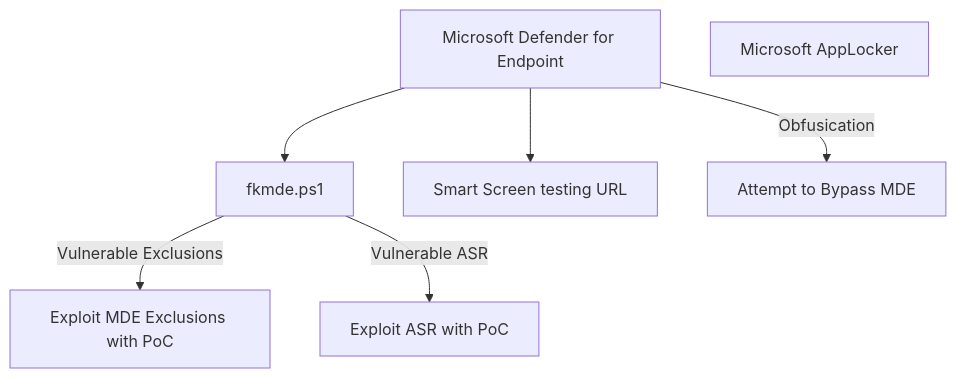
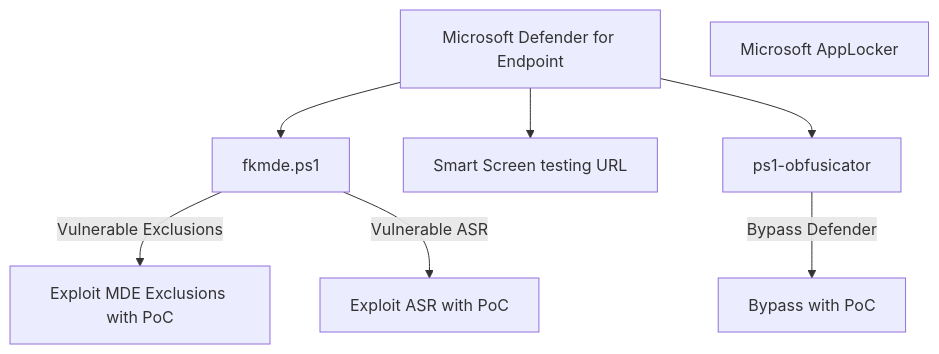
Before and after one commit to fkxdr/fkxdr-mindmaps: the diagram in README.md, drawn with Mermaid.

````diff
--- a/README.md
+++ b/README.md
@@ -7,11 +7,12 @@
 ```mermaid
 flowchart TD
     MDE[ Microsoft Defender for Endpoint ]
     --> MDEFK[ fkmde.ps1 ]
     -->| Vulnerable Exclusions | MDEEX[ Exploit MDE Exclusions with PoC ]
     MDEFK -->| Vulnerable ASR | MDEC[ Exploit ASR with PoC ]
     MDE --> MDESC[ Smart Screen testing URL ]
-    MDE -->| Obfusication | MDBYP[ Attempt to Bypass MDE ] 
+    MDE --> MDEBP[ ps1-obfusicator ]
+    -->| Bypass Defender | MDEBP2[ Bypass with PoC ]
 
     APP[ Microsoft AppLocker ]
 ```
````
